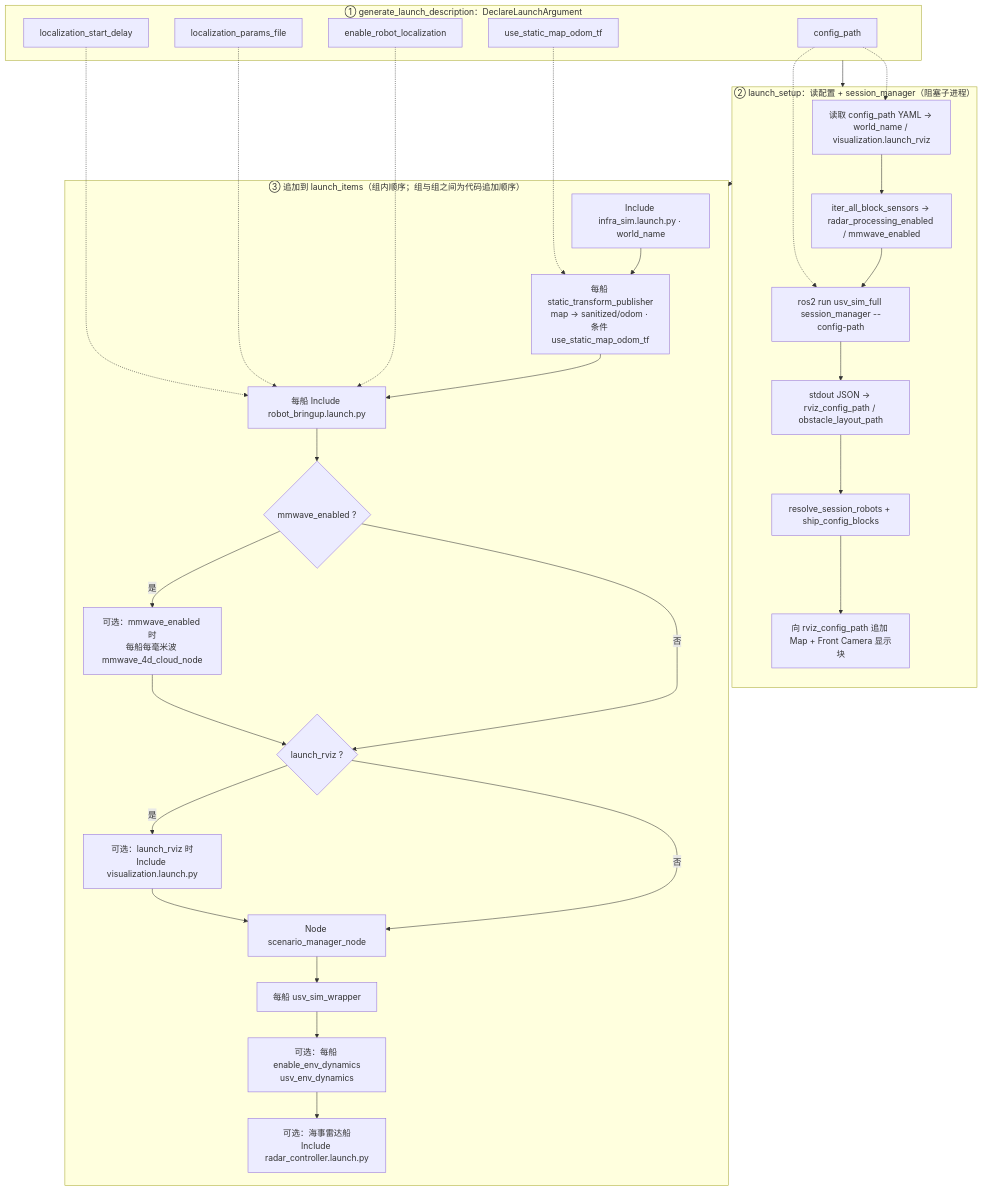
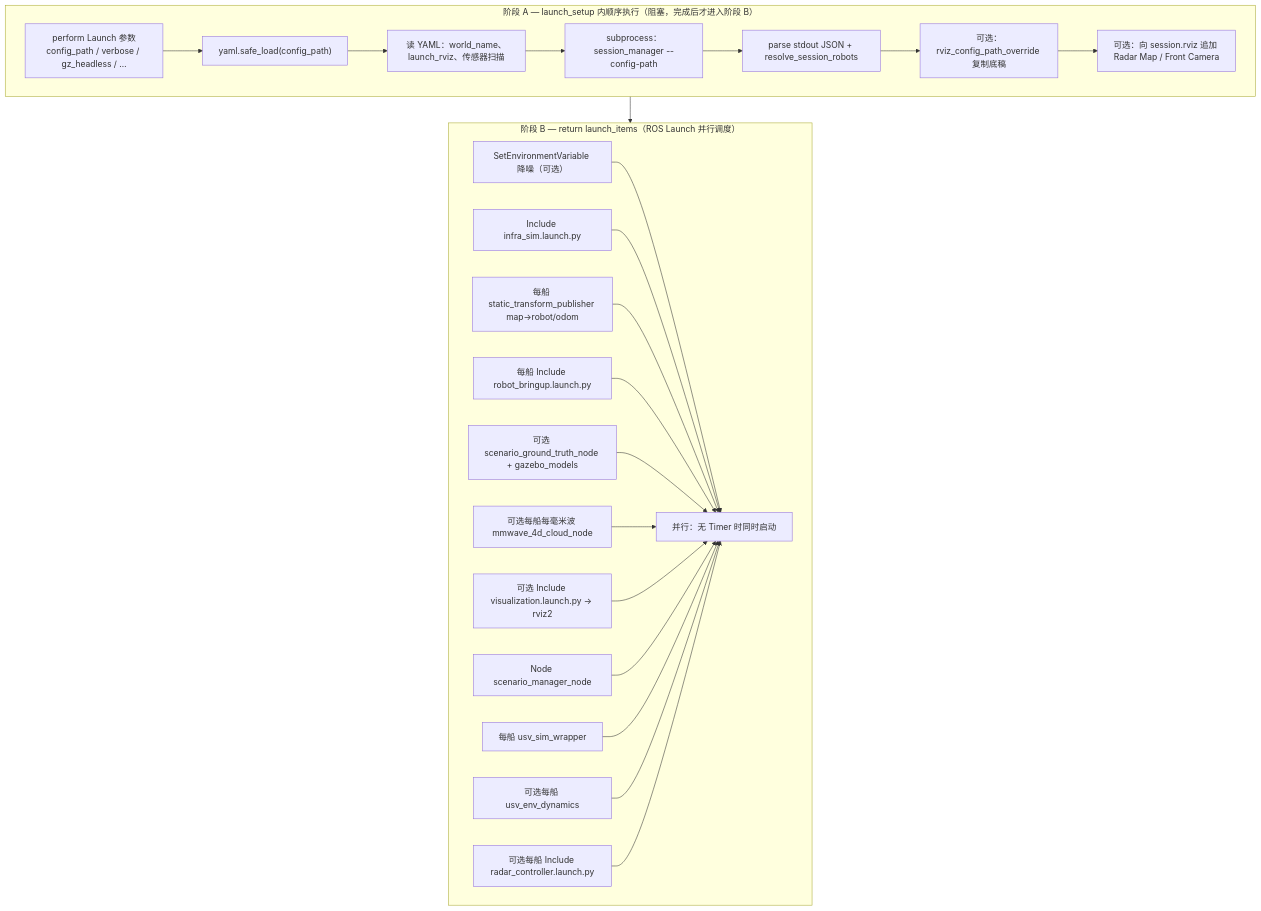
One commit to murphychen75-sketch/USV_ROS changed the first of 4 diagrams in src/usv_simulation/usv_sim_full/launch/notes.md. Above: the diagram before and after it, drawn with Mermaid. The commit also changed other lines of this file and 159 other files, not shown here.

````diff
--- a/src/usv_simulation/usv_sim_full/launch/notes.md
+++ b/src/usv_simulation/usv_sim_full/launch/notes.md
@@ -41,58 +62,40 @@
 ```mermaid
 flowchart TB
-  subgraph LARGS["① generate_launch_description：DeclareLaunchArgument"]
-    P_cfg["config_path"]
-    P_rl["enable_robot_localization"]
-    P_loc["localization_params_file"]
-    P_ldelay["localization_start_delay"]
-    P_tf["use_static_map_odom_tf"]
+  subgraph PHASE_A["阶段 A — launch_setup 内顺序执行（阻塞，完成后才进入阶段 B）"]
+    A0["perform Launch 参数<br>config_path / verbose / gz_headless / …"]
+    A1["yaml.safe_load(config_path)"]
+    A2["读 YAML：world_name、launch_rviz、传感器扫描"]
+    A3["subprocess：session_manager --config-path"]
+    A4["parse stdout JSON + resolve_session_robots"]
+    A5["可选：rviz_config_path_override 复制底稿"]
+    A6["可选：向 session.rviz 追加 Radar Map / Front Camera"]
+    A0 --> A1 --> A2 --> A3 --> A4 --> A5 --> A6
   end
 
-  subgraph SETUP["② launch_setup：读配置 + session_manager（阻塞子进程）"]
-    RD["读取 config_path YAML → world_name / visualization.launch_rviz"]
-    SCAN["iter_all_block_sensors → radar_processing_enabled / mmwave_enabled"]
-    SM["ros2 run usv_sim_full session_manager --config-path"]
-    PARSE["stdout JSON → rviz_config_path / obstacle_layout_path"]
-    MERGE["resolve_session_robots + ship_config_blocks"]
-    RVIZPATCH["向 rviz_config_path 追加 Map + Front Camera 显示块"]
-    RD --> SCAN
-    SCAN --> SM
-    SM --> PARSE
-    PARSE --> MERGE
-    MERGE --> RVIZPATCH
+  subgraph PHASE_B["阶段 B — return launch_items（ROS Launch 并行调度）"]
+    B0["SetEnvironmentVariable 降噪（可选）"]
+    B1["Include infra_sim.launch.py"]
+    B2["每船 static_transform_publisher map→robot/odom"]
+    B3["每船 Include robot_bringup.launch.py"]
+    B4["可选 scenario_ground_truth_node + gazebo_models"]
+    B5["可选每船每毫米波 mmwave_4d_cloud_node"]
+    B6["可选 Include visualization.launch.py → rviz2"]
+    B7["Node scenario_manager_node"]
+    B8["每船 usv_sim_wrapper"]
+    B9["可选每船 usv_env_dynamics"]
+    B10["可选每船 Include radar_controller.launch.py"]
+    B0 --> PAR["并行：无 Timer 时同时启动"]
+    B1 --> PAR
+    B2 --> PAR
+    B3 --> PAR
+    B4 --> PAR
+    B5 --> PAR
+    B6 --> PAR
+    B7 --> PAR
+    B8 --> PAR
+    B9 --> PAR
+    B10 --> PAR
   end
 
-  subgraph ITEMS["③ 追加到 launch_items（组内顺序；组与组之间为代码追加顺序）"]
-    INF["Include infra_sim.launch.py · world_name"]
-    MAP["每船 static_transform_publisher<br/>map → sanitized/odom · 条件 use_static_map_odom_tf"]
-    RB["每船 Include robot_bringup.launch.py"]
-    MM["可选：mmwave_enabled 时<br/>每船每毫米波 mmwave_4d_cloud_node"]
-    VIZ["可选：launch_rviz 时<br/>Include visualization.launch.py"]
-    SCN["Node scenario_manager_node"]
-    WRAP["每船 usv_sim_wrapper"]
-    ENV["可选：每船 enable_env_dynamics<br/>usv_env_dynamics"]
-    GY["可选：海事雷达船<br/>Include radar_controller.launch.py"]
-    INF --> MAP
-    MAP --> RB
-    RB --> MMQ{"mmwave_enabled ?"}
-    MMQ -->|是| MM
-    MMQ -->|否| VIZQ
-    MM --> VIZQ{"launch_rviz ?"}
-    VIZQ -->|是| VIZ
-    VIZQ -->|否| SCN
-    VIZ --> SCN
-    SCN --> WRAP
-    WRAP --> ENV
-    ENV --> GY
-  end
-
-  LARGS --> SETUP
-  SETUP --> ITEMS
-
-  P_cfg -.-> RD
-  P_cfg -.-> SM
-  P_rl -.-> RB
-  P_loc -.-> RB
-  P_ldelay -.-> RB
-  P_tf -.-> MAP
+  PHASE_A --> PHASE_B
 ```
````
